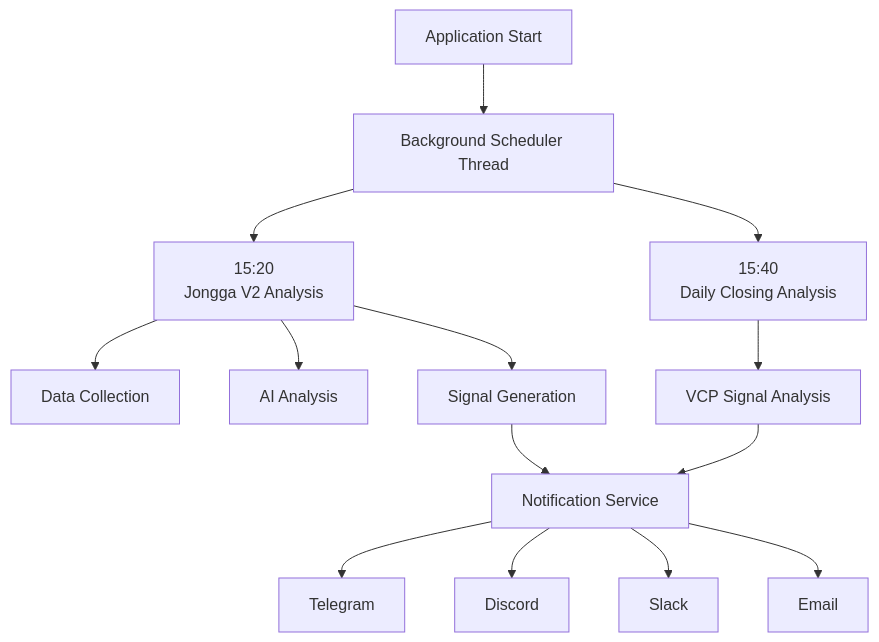
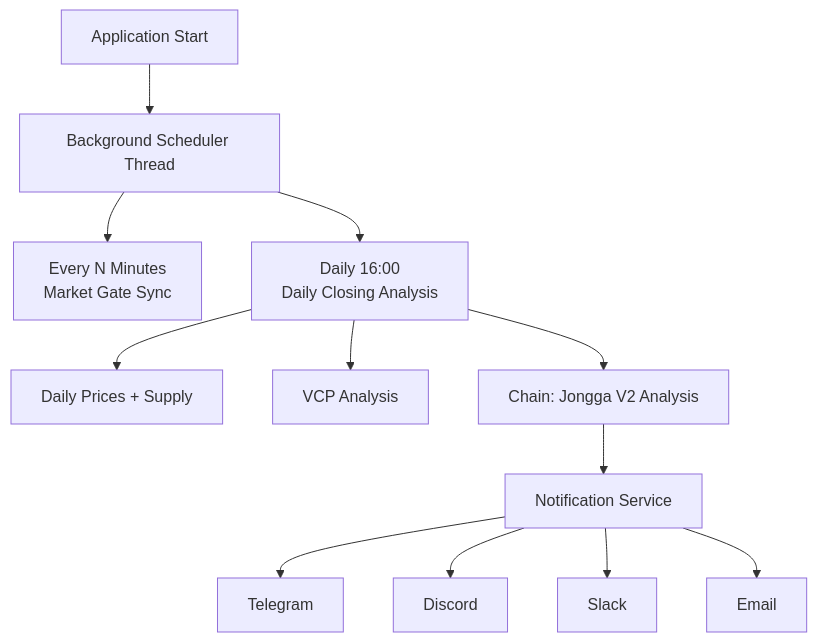
One commit to freelife1191/closing-bet-demo changed the fifth of 6 diagrams in README.md. Above: the diagram before and after it, drawn with Mermaid. The commit also changed other lines of this file and 63 other files, not shown here.

````diff
--- a/README.md
+++ b/README.md
@@ -1418,16 +1418,14 @@
 ```mermaid
 graph TD
     A[Application Start] --> B[Background Scheduler Thread]
-    B --> C[15:20<br>Jongga V2 Analysis]
-    B --> D[15:40<br>Daily Closing Analysis]
-    C --> E[Data Collection]
-    C --> F[AI Analysis]
-    C --> G[Signal Generation]
-    D --> H[VCP Signal Analysis]
+    B --> C[Every N Minutes<br>Market Gate Sync]
+    B --> D[Daily 16:00<br>Daily Closing Analysis]
+    D --> E[Daily Prices + Supply]
+    D --> F[VCP Analysis]
+    D --> G[Chain: Jongga V2 Analysis]
     G --> I[Notification Service]
-    H --> I
     I --> J[Telegram]
     I --> K[Discord]
     I --> L[Slack]
     I --> M[Email]
 ```
````
